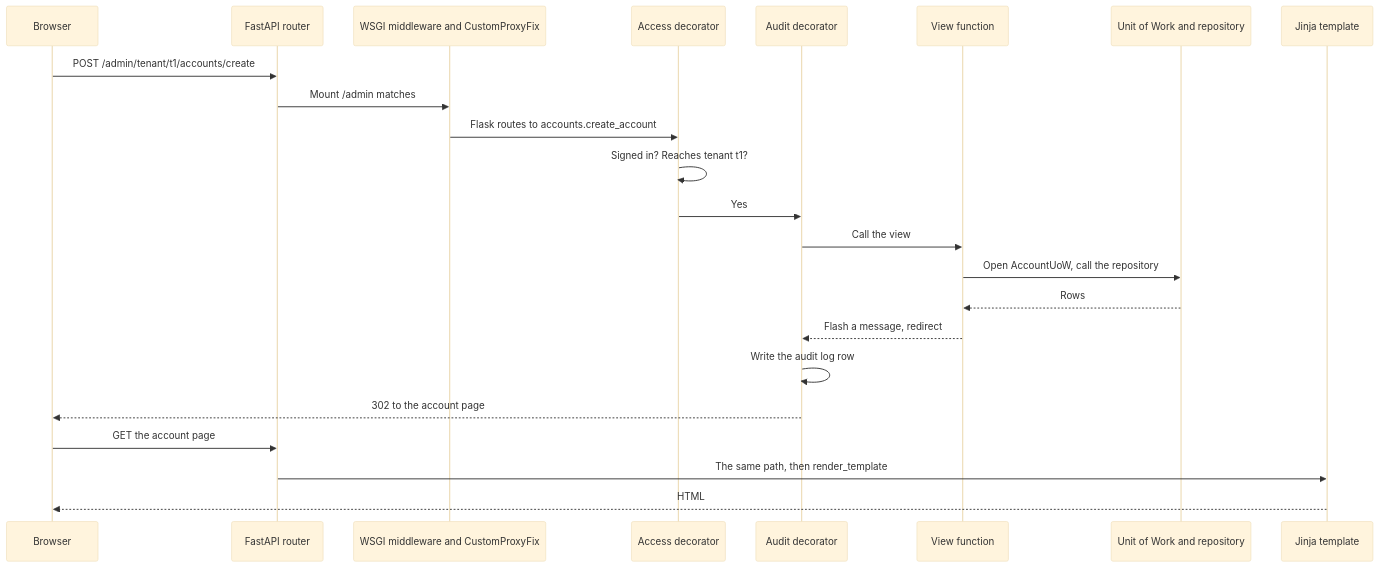
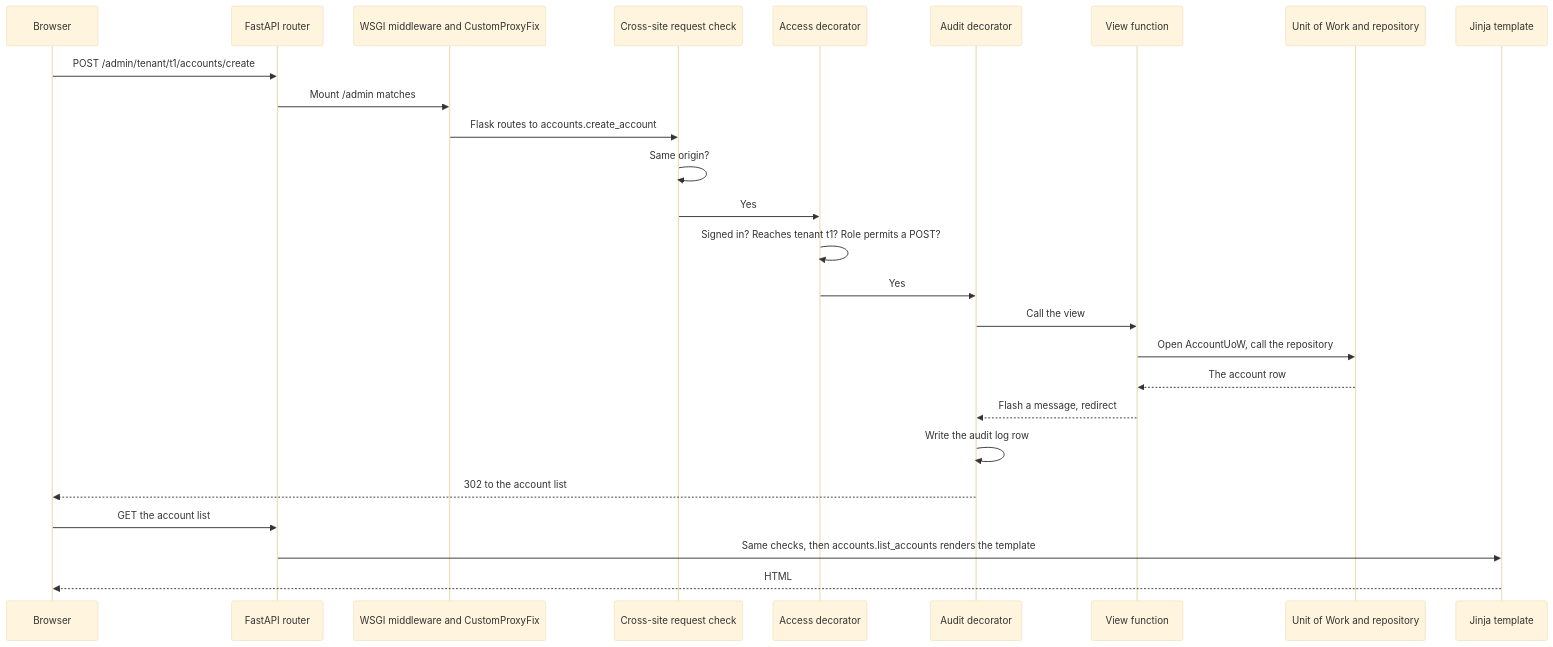
One commit to prebid/salesagent changed the second of 2 diagrams in docs/development/admin-ui-architecture.md. Above: the diagram before and after it, drawn with Mermaid (base theme). The commit also changed other lines of this file and 4 other files, not shown here.

````diff
--- a/docs/development/admin-ui-architecture.md
+++ b/docs/development/admin-ui-architecture.md
@@ -109,26 +137,29 @@
 ```mermaid
 sequenceDiagram
     participant B as Browser
     participant F as FastAPI router
     participant W as WSGI middleware and CustomProxyFix
+    participant C as Cross-site request check
     participant G as Access decorator
     participant A as Audit decorator
     participant V as View function
     participant U as Unit of Work and repository
     participant T as Jinja template
 
     B->>F: POST /admin/tenant/t1/accounts/create
     F->>W: Mount /admin matches
-    W->>G: Flask routes to accounts.create_account
-    G->>G: Signed in? Reaches tenant t1?
+    W->>C: Flask routes to accounts.create_account
+    C->>C: Same origin?
+    C->>G: Yes
+    G->>G: Signed in? Reaches tenant t1? Role permits a POST?
     G->>A: Yes
     A->>V: Call the view
     V->>U: Open AccountUoW, call the repository
-    U-->>V: Rows
+    U-->>V: The account row
     V-->>A: Flash a message, redirect
     A->>A: Write the audit log row
-    A-->>B: 302 to the account page
-    B->>F: GET the account page
-    F->>T: The same path, then render_template
+    A-->>B: 302 to the account list
+    B->>F: GET the account list
+    F->>T: Same checks, then accounts.list_accounts renders the template
     T-->>B: HTML
 ```
````
